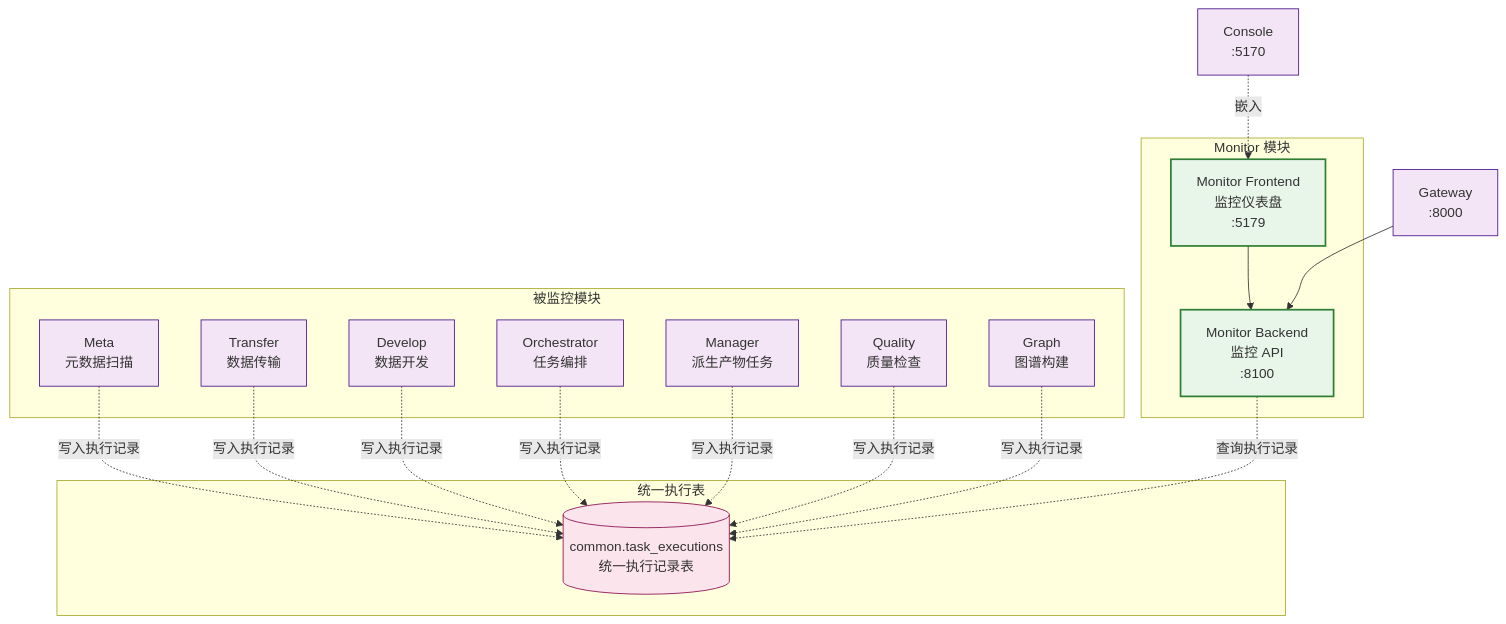
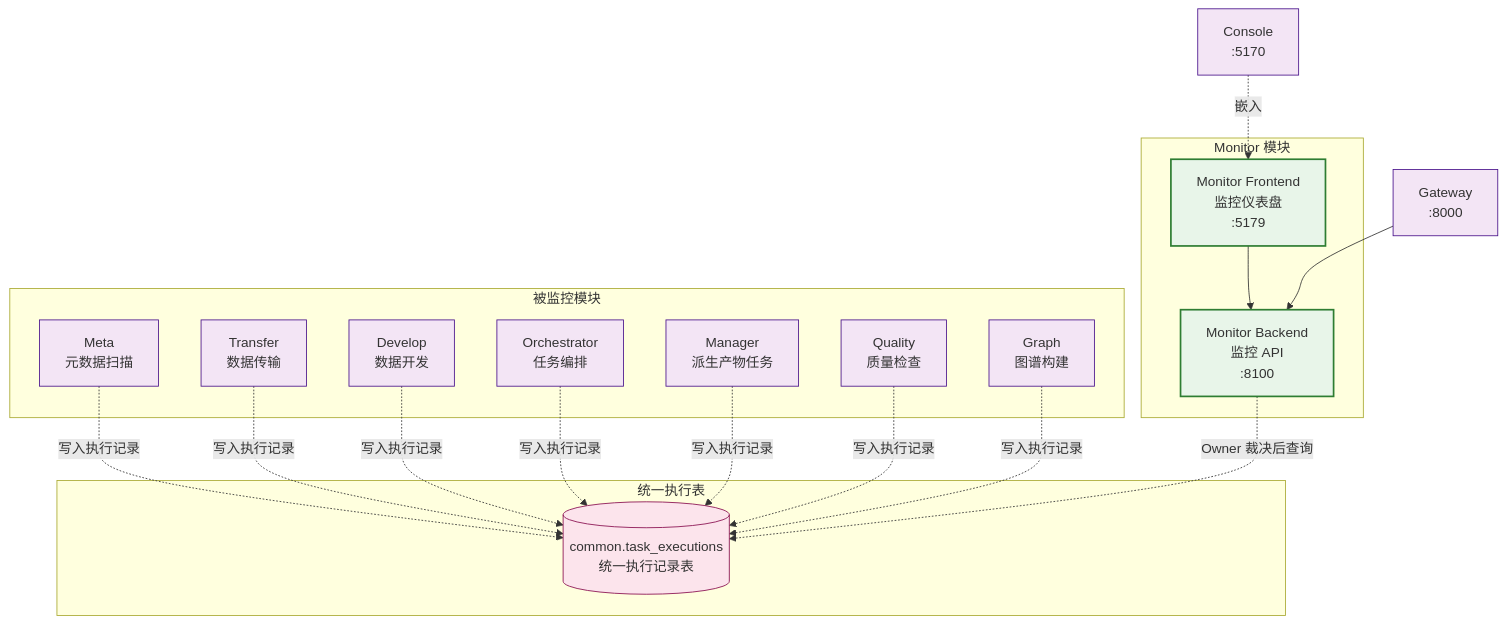
Before and after one commit to pampa0629/addp: the diagram in docs/concepts/modules/运行监控与观测.md, drawn with Mermaid. The commit also changed other lines of this file and 1 other file, not shown here.

Commit message:
docs(monitor): centralize execution storage and diagram boundaries

````diff
--- a/docs/concepts/modules/运行监控与观测.md
+++ b/docs/concepts/modules/运行监控与观测.md
@@ -13,42 +15,42 @@
 ```mermaid
 graph TB
     subgraph "Monitor 模块"
         MFE[Monitor Frontend<br/>监控仪表盘<br/>:5179]
         MBE[Monitor Backend<br/>监控 API<br/>:8100]
         MFE --> MBE
     end
 
     subgraph "被监控模块"
         Meta[Meta<br/>元数据扫描]
         Transfer[Transfer<br/>数据传输]
         Develop[Develop<br/>数据开发]
         Orchestrator[Orchestrator<br/>任务编排]
         Manager[Manager<br/>派生产物任务]
         Quality[Quality<br/>质量检查]
         Graph[Graph<br/>图谱构建]
     end
 
     subgraph "统一执行表"
         TaskExec[(common.task_executions<br/>统一执行记录表)]
     end
 
     Meta -.写入执行记录.-> TaskExec
     Transfer -.写入执行记录.-> TaskExec
     Develop -.写入执行记录.-> TaskExec
     Orchestrator -.写入执行记录.-> TaskExec
     Manager -.写入执行记录.-> TaskExec
     Quality -.写入执行记录.-> TaskExec
     Graph -.写入执行记录.-> TaskExec
-    MBE -.查询执行记录.-> TaskExec
+    MBE -.Owner 裁决后查询.-> TaskExec
 
     Gateway[Gateway<br/>:8000] --> MBE
     Console[Console<br/>:5170] -.嵌入.-> MFE
 
     classDef monitor fill:#e8f5e9,stroke:#2e7d32,stroke-width:2px
     classDef module fill:#f3e5f5,stroke:#4a148c
     classDef infra fill:#fce4ec,stroke:#880e4f
 
     class MFE,MBE monitor
     class Meta,Transfer,Develop,Orchestrator,Manager,Quality,Graph,Gateway,Console module
     class TaskExec infra
 ```
````
